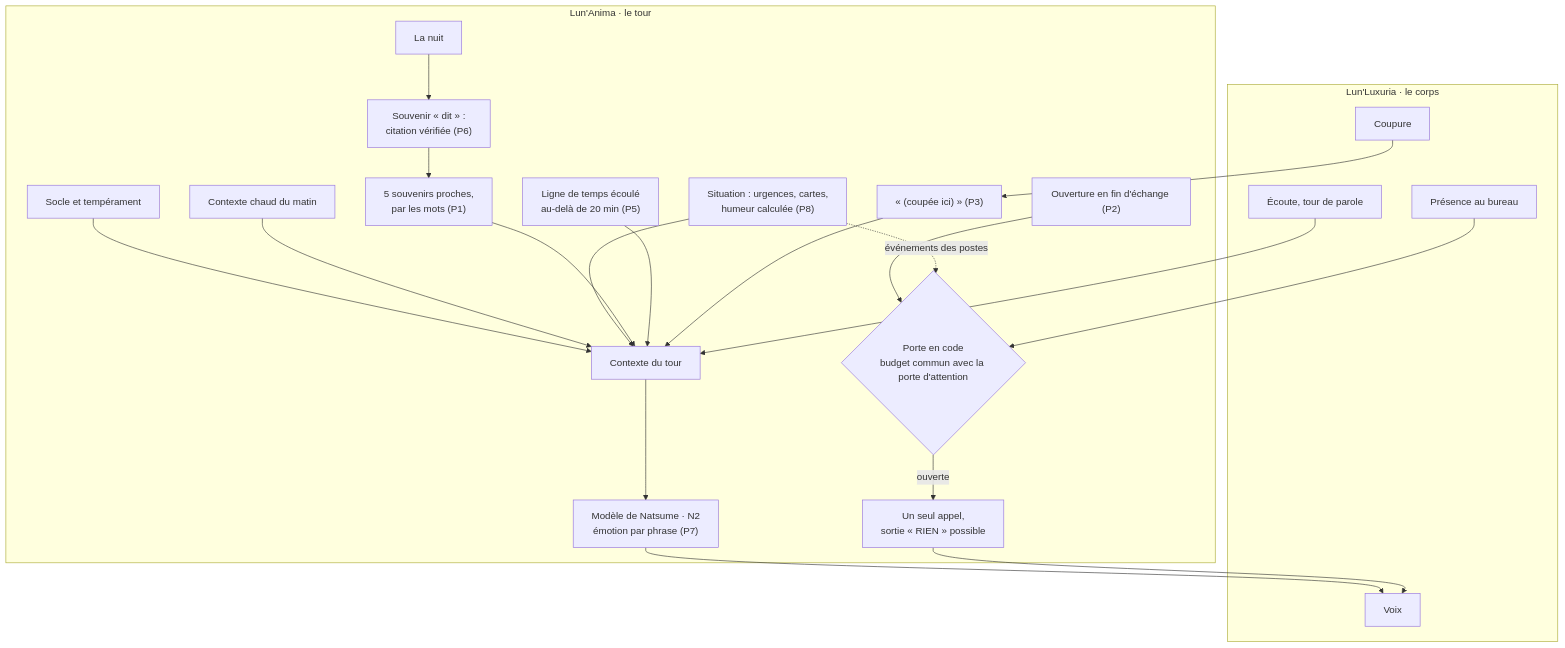
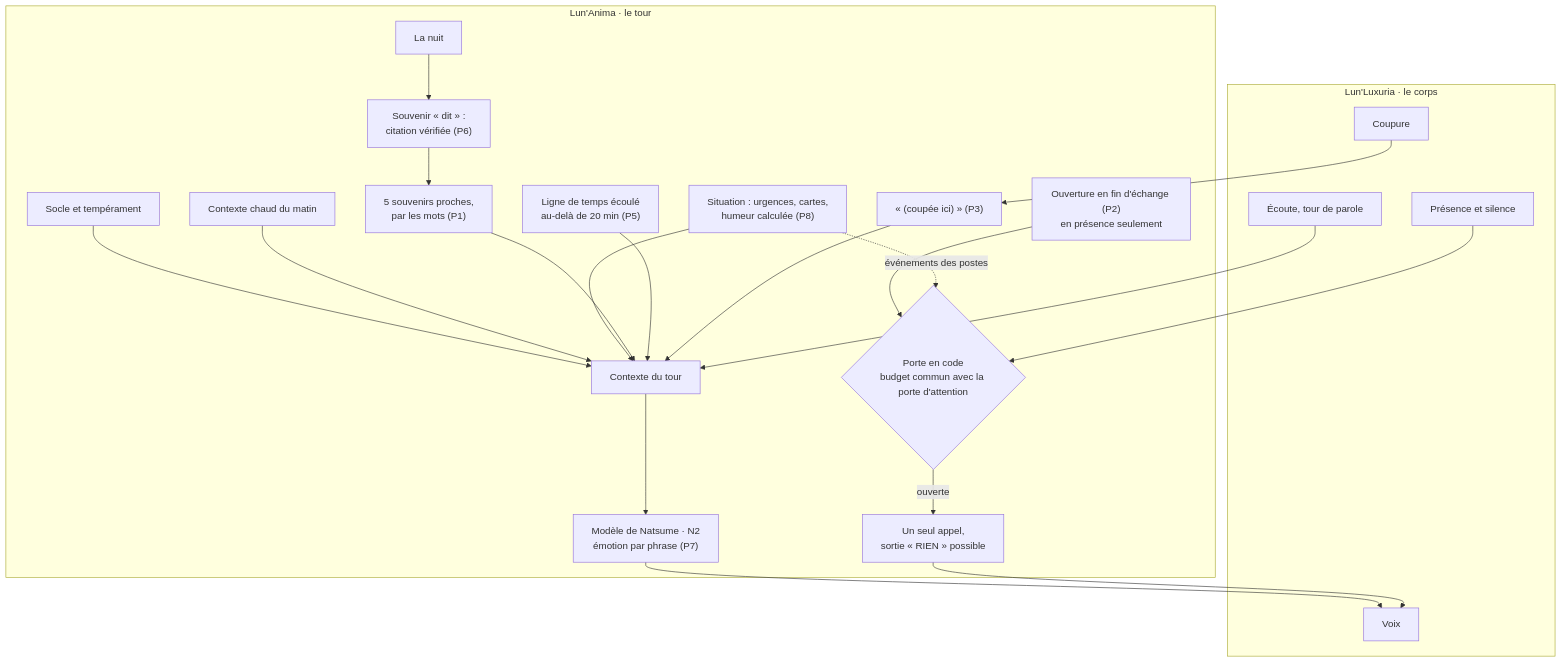
Before and after one commit to Lun-Ecosystem/lun-docs: the third of 3 diagrams in docs/specs/2026-11-25-carte-des-flux-design.md, drawn with Mermaid. The commit also changed other lines of this file and 2 other files, not shown here.

First line of the commit message:
docs(specs): fold the 25/11 review into the flow map, add the stack

````diff
--- a/docs/specs/2026-11-25-carte-des-flux-design.md
+++ b/docs/specs/2026-11-25-carte-des-flux-design.md
@@ -308,31 +374,31 @@
 ```mermaid
 flowchart TB
     subgraph LUX["Lun'Luxuria · le corps"]
-        PR["Présence au bureau"]
+        PR["Présence et silence"]
         EC["Écoute, tour de parole"]
         CUT["Coupure"]
         VO["Voix"]
     end
 
     subgraph CORE["Lun'Anima · le tour"]
         SO["Socle et tempérament"] --> CTX["Contexte du tour"]
         CH["Contexte chaud du matin"] --> CTX
         SI["Situation : urgences, cartes,<br/>humeur calculée (P8)"] --> CTX
         RA["5 souvenirs proches,<br/>par les mots (P1)"] --> CTX
         TE["Ligne de temps écoulé<br/>au-delà de 20 min (P5)"] --> CTX
         MK["« (coupée ici) » (P3)"] --> CTX
         CTX --> M["Modèle de Natsume · N2<br/>émotion par phrase (P7)"]
         G{"Porte en code<br/>budget commun avec la porte d'attention"}
         G -- "ouverte" --> SPN["Un seul appel,<br/>sortie « RIEN » possible"]
-        OUV["Ouverture en fin d'échange (P2)"] --> G
+        OUV["Ouverture en fin d'échange (P2)<br/>en présence seulement"] --> G
         NI["La nuit"] --> SV["Souvenir « dit » :<br/>citation vérifiée (P6)"]
     end
 
     PR --> G
     EC --> CTX
     CUT --> MK
     M --> VO
     SPN --> VO
     SV --> RA
     SI -. "événements des postes" .-> G
 ```
````
